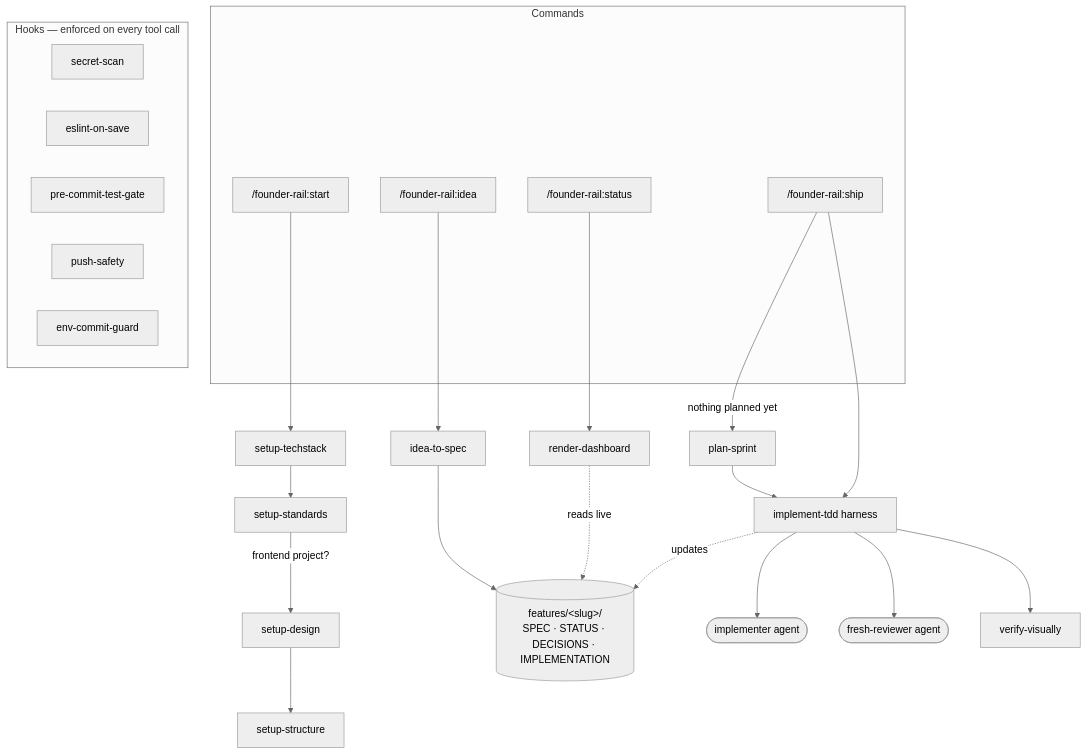
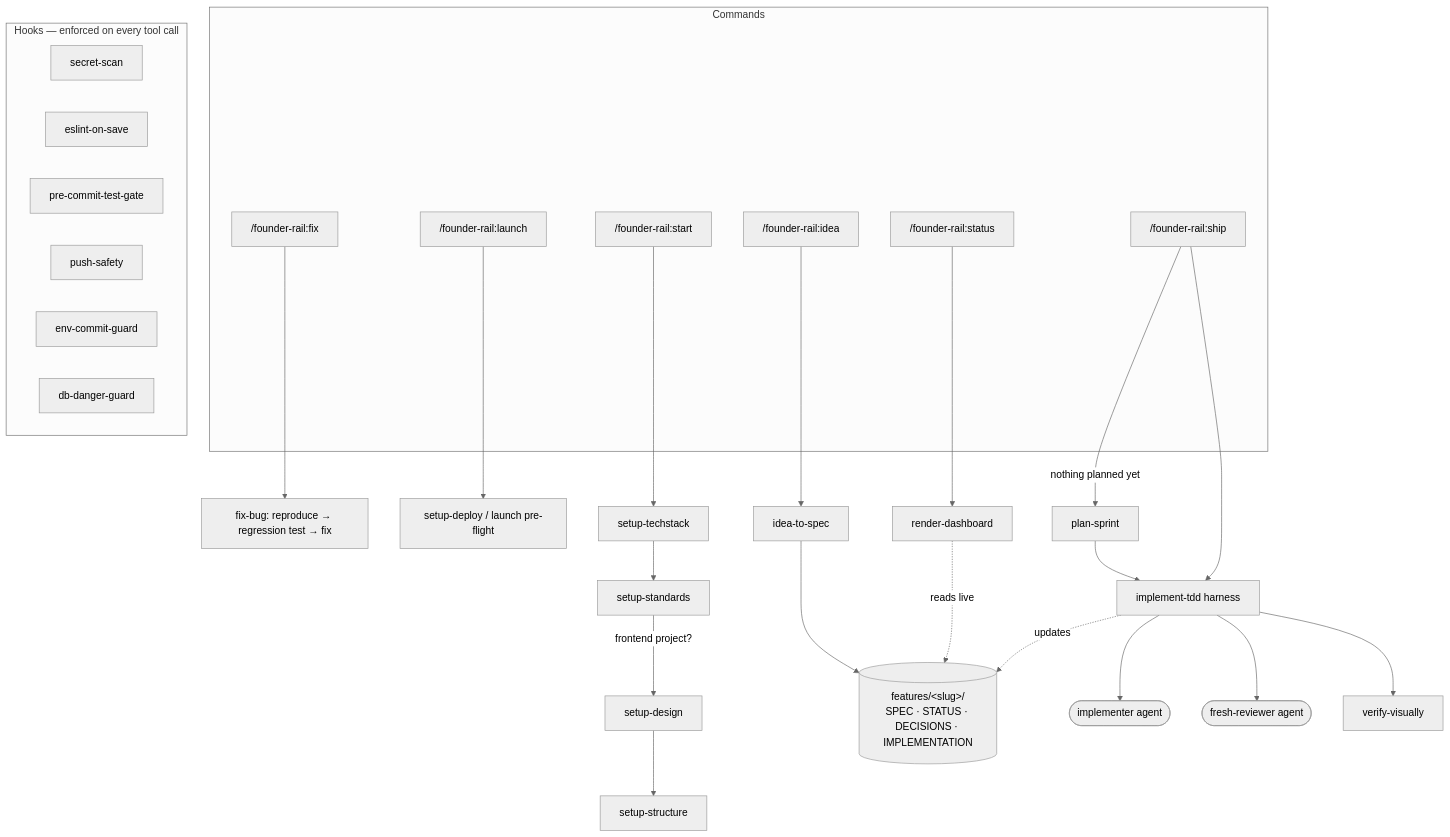
The first of 2 diagrams in README.md (nutjatuwit0808/founder-rail), drawn with Mermaid (neutral theme) before and after one commit. The commit also changed other lines of this file and 29 other files, not shown here.

````diff
--- a/README.md
+++ b/README.md
@@ -46,36 +51,42 @@
 ```mermaid
 flowchart TD
     subgraph cmds[Commands]
         start["/founder-rail:start"]
         idea["/founder-rail:idea"]
         status["/founder-rail:status"]
         ship["/founder-rail:ship"]
+        fix["/founder-rail:fix"]
+        launch["/founder-rail:launch"]
     end
+
+    fix --> fixBug[fix-bug: reproduce → regression test → fix]
+    launch --> deploySkill[setup-deploy / launch pre-flight]
 
     start --> setupTech[setup-techstack]
     setupTech --> setupStd[setup-standards]
     setupStd -->|frontend project?| setupDsn[setup-design]
     setupDsn --> setupStruct[setup-structure]
 
     idea --> ideaSpec[idea-to-spec]
     ideaSpec --> feat[("features/&lt;slug&gt;/<br/>SPEC · STATUS · DECISIONS · IMPLEMENTATION")]
 
     status --> dash[render-dashboard]
     dash -. reads live .-> feat
 
     ship -->|nothing planned yet| plan[plan-sprint]
     plan --> impl
     ship --> impl[implement-tdd harness]
     impl --> implementer([implementer agent])
     impl --> reviewer([fresh-reviewer agent])
     impl --> vis[verify-visually]
     impl -. updates .-> feat
 
     subgraph hooks[Hooks — enforced on every tool call]
         h1[secret-scan]
         h2[eslint-on-save]
         h3[pre-commit-test-gate]
         h4[push-safety]
         h5[env-commit-guard]
+        h6[db-danger-guard]
     end
 ```
````
